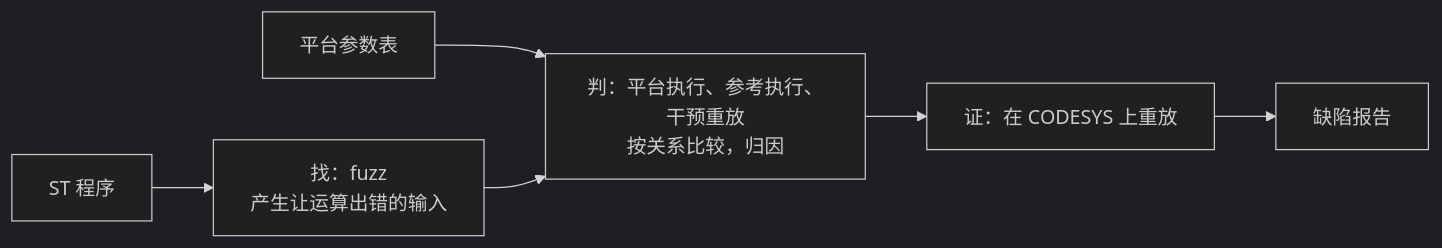
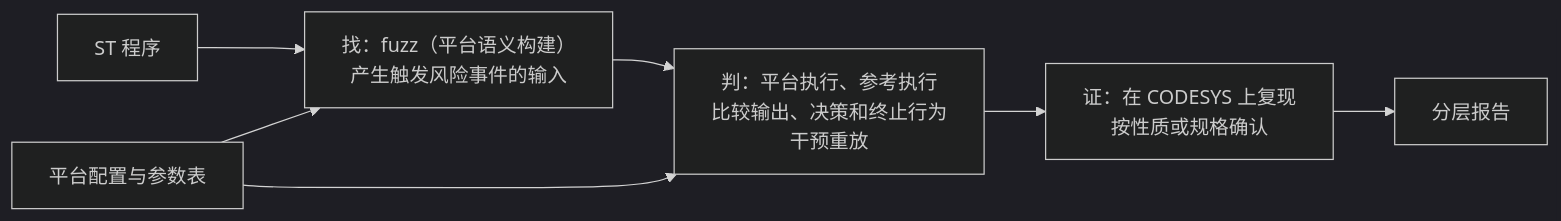
The diagram in docs/research_plan_zh.md (tomoveon/SemantiST), drawn with Mermaid (dark theme) before and after one commit. The commit also changed other lines of this file and 1 other file, not shown here.

````diff
--- a/docs/research_plan_zh.md
+++ b/docs/research_plan_zh.md
@@ -11,8 +22,9 @@
 ```mermaid
 flowchart LR
-    A["ST 程序"] --> F["找：fuzz<br/>产生让运算出错的输入"]
-    P["平台参数表"] --> J
-    F --> J["判：平台执行、参考执行、干预重放<br/>按关系比较，归因"]
-    J --> C["证：在 CODESYS 上重放"]
-    C --> R["缺陷报告"]
+    A["ST 程序"] --> F["找：fuzz（平台语义构建）<br/>产生触发风险事件的输入"]
+    P["平台配置与参数表"] --> F
+    P --> J
+    F --> J["判：平台执行、参考执行<br/>比较输出、决策和终止行为<br/>干预重放"]
+    J --> C["证：在 CODESYS 上复现<br/>按性质或规格确认"]
+    C --> R["分层报告"]
 ```
````
